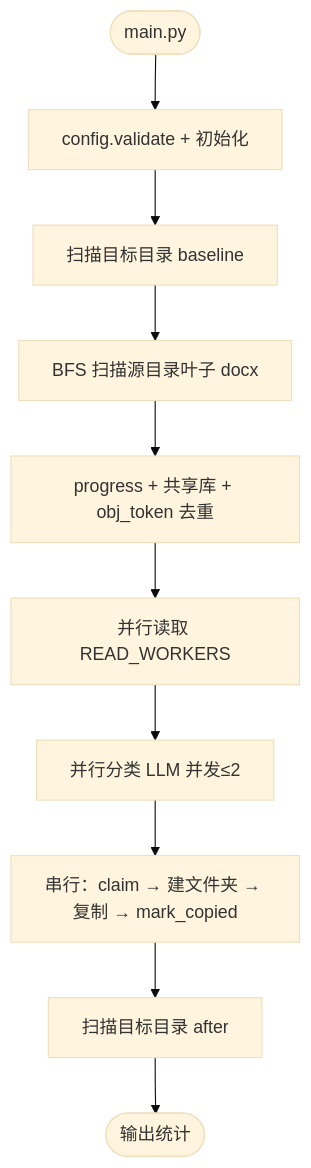
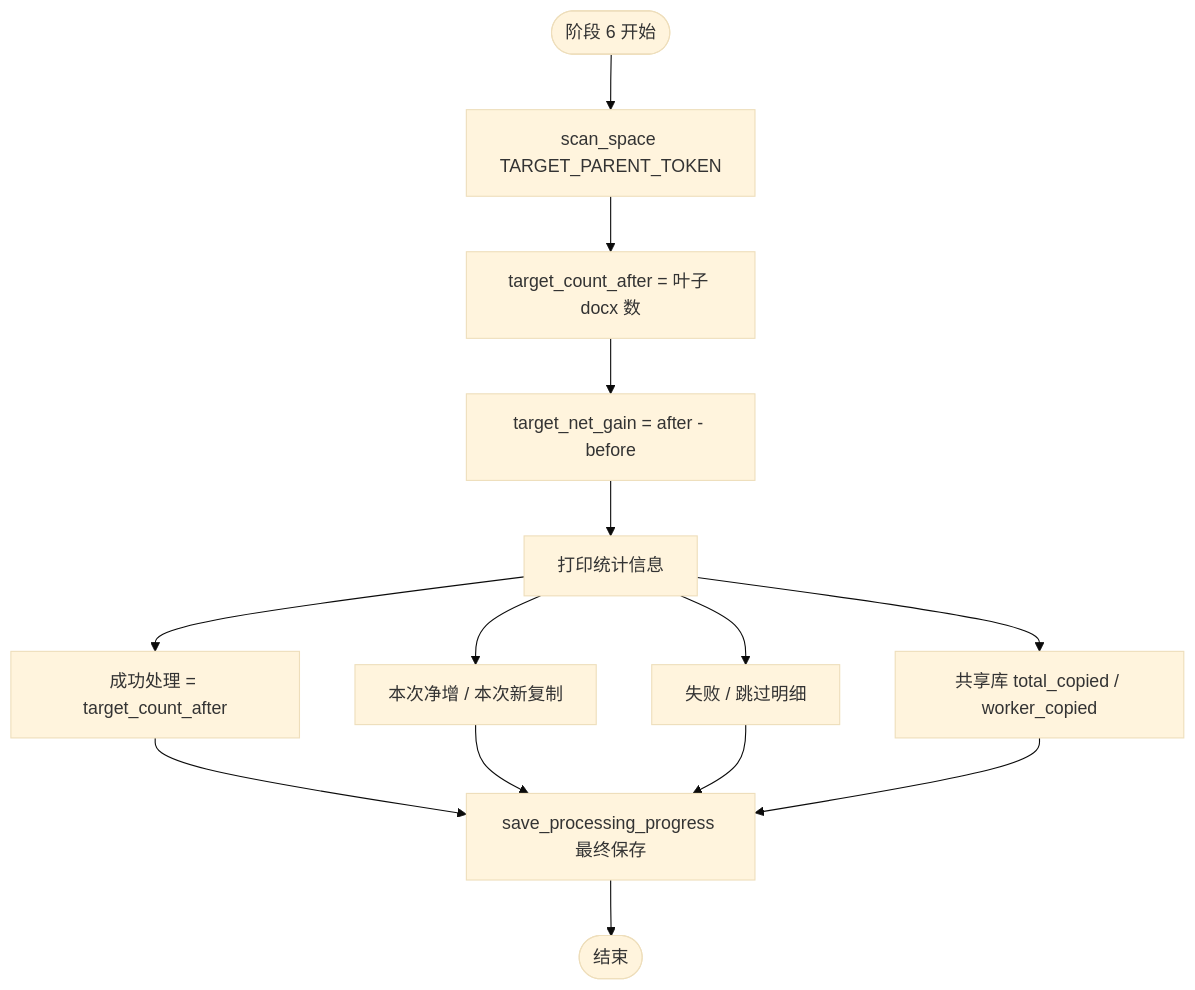
Before and after one commit to Leonard49/AI_DocClassifier: the eighth of 10 diagrams in docs/AI_DocClassifier说明文档.md, drawn with Mermaid (base theme). The commit also changed other lines of this file, not shown here.

Commit message:
Add detailed per-stage Mermaid diagrams to system documentation appendix.

````diff
--- a/docs/AI_DocClassifier说明文档.md
+++ b/docs/AI_DocClassifier说明文档.md
@@ -475,12 +743,18 @@
 ```mermaid
-flowchart TB
-    START([main.py]) --> CFG[config.validate + 初始化]
-    CFG --> BASE[扫描目标目录 baseline]
-    BASE --> SCAN[BFS 扫描源目录叶子 docx]
-    SCAN --> FILTER[progress + 共享库 + obj_token 去重]
-    FILTER --> READ[并行读取 READ_WORKERS]
-    READ --> CLS[并行分类 LLM 并发≤2]
-    CLS --> COPY[串行：claim → 建文件夹 → 复制 → mark_copied]
-    COPY --> VERIFY[扫描目标目录 after]
-    VERIFY --> END([输出统计])
+flowchart TD
+    V0([阶段 6 开始]) --> V1[scan_space TARGET_PARENT_TOKEN]
+    V1 --> V2[target_count_after = 叶子 docx 数]
+    V2 --> V3[target_net_gain = after - before]
+
+    V3 --> V4[打印统计信息]
+    V4 --> V4A[成功处理 = target_count_after]
+    V4 --> V4B[本次净增 / 本次新复制]
+    V4 --> V4C[失败 / 跳过明细]
+    V4 --> V4D[共享库 total_copied / worker_copied]
+
+    V4A --> V5[save_processing_progress 最终保存]
+    V4B --> V5
+    V4C --> V5
+    V4D --> V5
+    V5 --> V6([结束])
 ```
````
